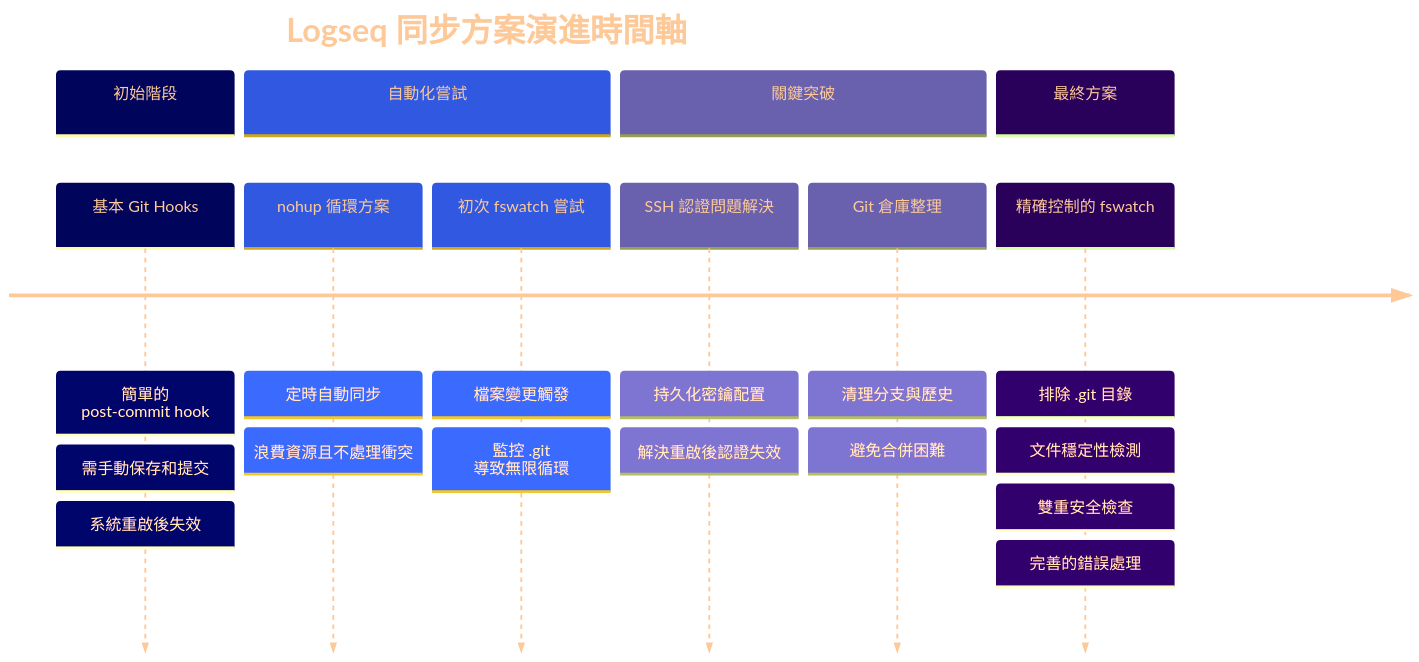
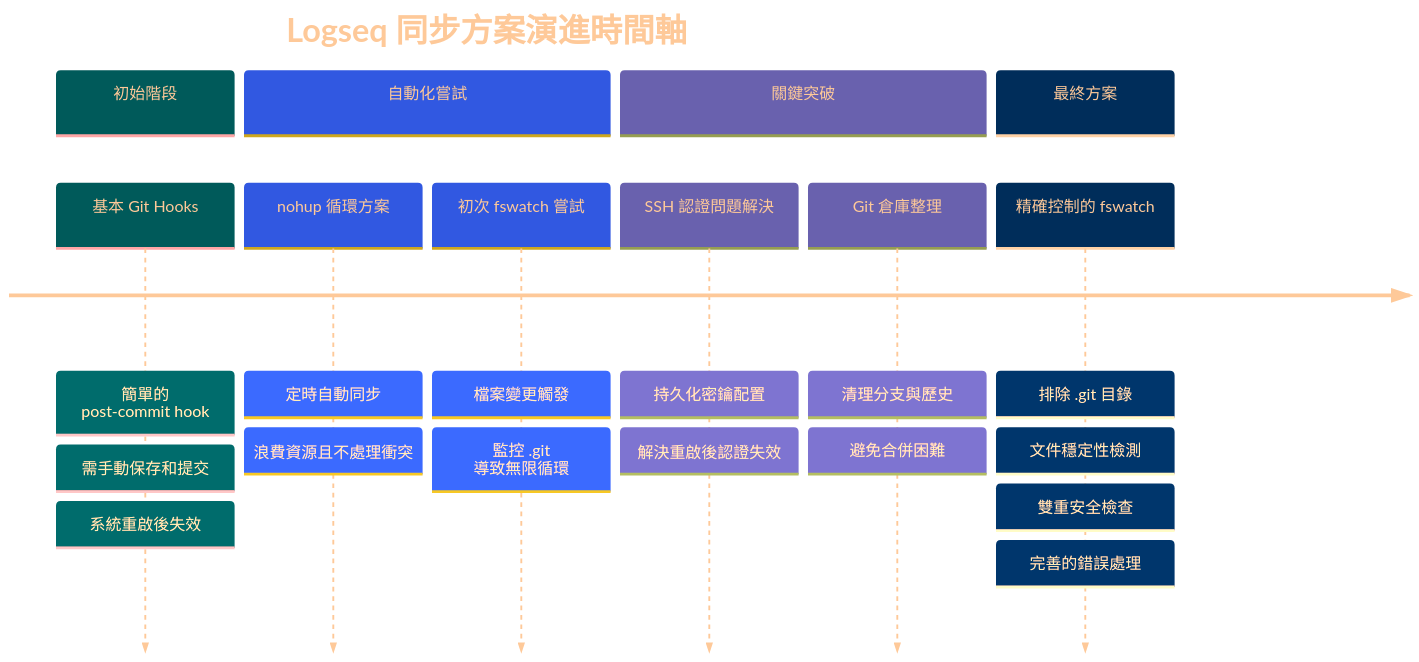
The first of 2 diagrams in Logseq同步方案演進記錄.md (GengGeng026/Sync-Logseq), drawn with Mermaid before and after one commit.

Commit message:
Auto saved by Logseq

````diff
--- a/Logseq同步方案演進記錄.md
+++ b/Logseq同步方案演進記錄.md
@@ -24,38 +24,38 @@
 ```mermaid
 %%{init: {
   'theme': 'base', 
   'themeVariables': {
     'primaryTextColor': '#FEC999',
-    'primaryColor': '#0009D9',
+    'primaryColor': '#00D9D9',
     'secondaryColor': '#A0B2F1',
     'tertiaryColor': '#B9B5D9',
     'primaryBorderColor': '#A9D9D9',
     'background': 'transparent',
     'clusterBkg': 'transparent',
     'fontFamily': 'default',
     'fontSize': '17px',
     'fontWeight': 'normal'
   }
 }}%%
 timeline
     title Logseq 同步方案演進時間軸
     section 初始階段
         基本 Git Hooks : 簡單的 post-commit hook
         : 需手動保存和提交
         : 系統重啟後失效
     section 自動化嘗試
         nohup 循環方案 : 定時自動同步
         : 浪費資源且不處理衝突
         初次 fswatch 嘗試 : 檔案變更觸發
         : 監控 .git 導致無限循環
     section 關鍵突破
         SSH 認證問題解決 : 持久化密鑰配置
         : 解決重啟後認證失效
         Git 倉庫整理 : 清理分支與歷史
         : 避免合併困難
     section 最終方案
         精確控制的 fswatch : 排除 .git 目錄
         : 文件穩定性檢測
         : 雙重安全檢查
         : 完善的錯誤處理
 ```
````
